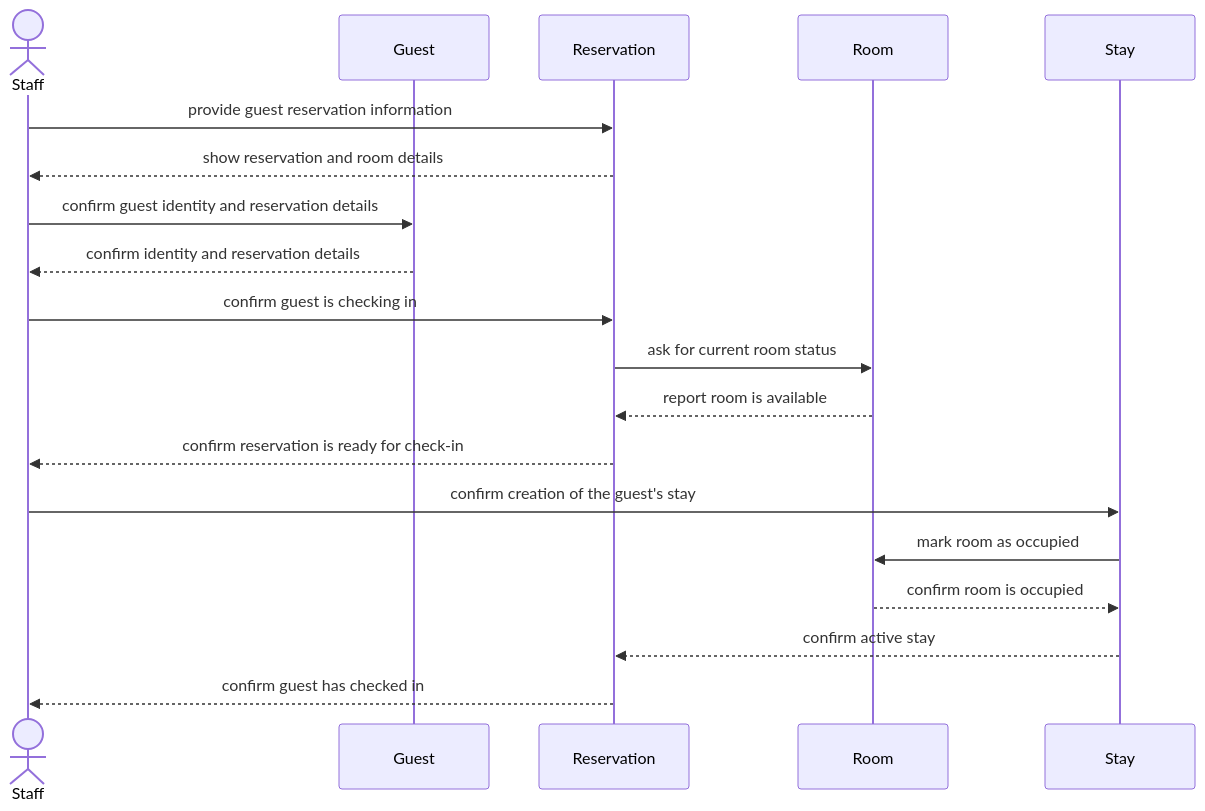
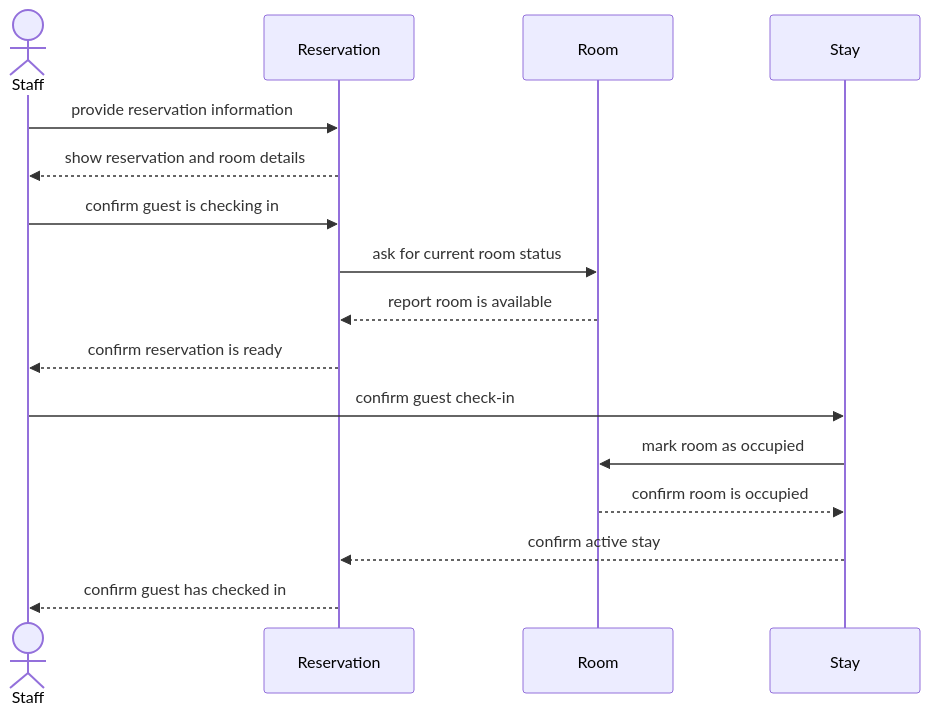
One commit to Anthony-Vang11/ICS372-AnthonyVang changed the third of 3 diagrams in assignments/assignment-1/analysis.md. Above: the diagram before and after it, drawn with Mermaid. The commit also changed other lines of this file, not shown here.

````diff
--- a/assignments/assignment-1/analysis.md
+++ b/assignments/assignment-1/analysis.md
@@ -271,27 +227,23 @@
 ```mermaid
 sequenceDiagram
 
     actor Staff
 
-    participant Guest
     participant Reservation
     participant Room
     participant Stay
 
-    Staff->>Reservation: provide guest reservation information
+    Staff->>Reservation: provide reservation information
     Reservation-->>Staff: show reservation and room details
-
-    Staff->>Guest: confirm guest identity and reservation details
-    Guest-->>Staff: confirm identity and reservation details
 
     Staff->>Reservation: confirm guest is checking in
     Reservation->>Room: ask for current room status
     Room-->>Reservation: report room is available
-    Reservation-->>Staff: confirm reservation is ready for check-in
+    Reservation-->>Staff: confirm reservation is ready
 
-    Staff->>Stay: confirm creation of the guest's stay
+    Staff->>Stay: confirm guest check-in
     Stay->>Room: mark room as occupied
     Room-->>Stay: confirm room is occupied
     Stay-->>Reservation: confirm active stay
     Reservation-->>Staff: confirm guest has checked in
 ```
````
